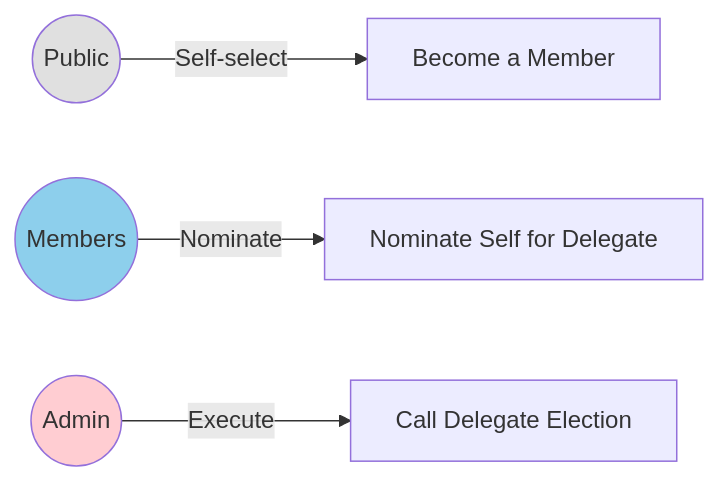
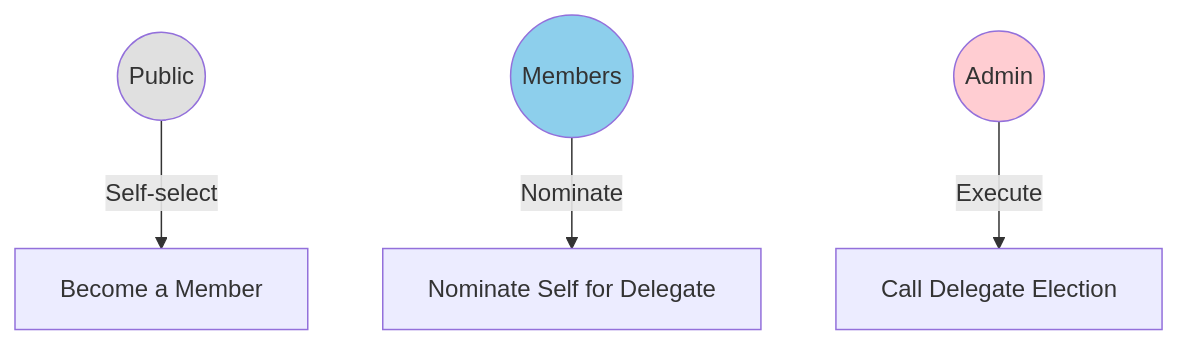
One commit to 7Cedars/powers changed the second of 2 diagrams in documentation/powers/docs/pages/organisations/powers101.mdx. Above: the diagram before and after it, drawn with Mermaid. The commit also changed other lines of this file and 8 other files, not shown here.

````diff
--- a/documentation/powers/docs/pages/organisations/powers101.mdx
+++ b/documentation/powers/docs/pages/organisations/powers101.mdx
@@ -104,18 +110,18 @@
 ```mermaid
-flowchart LR
+flowchart TB
     RPublic(( Public )):::user7
     RM(( Members )):::user0
     RAdmin(( Admin )):::user5
 
     L[Become a Member]
     M[Nominate Self for Delegate]
     N[Call Delegate Election]
 
     RPublic -- Self-select --> L
     RM -- Nominate --> M
     RAdmin -- Execute --> N
 
     classDef user0 fill:#8dcfec
     classDef user5 fill:#ffcdd2
     classDef user7 fill:#e0e0e0
 ```
````
